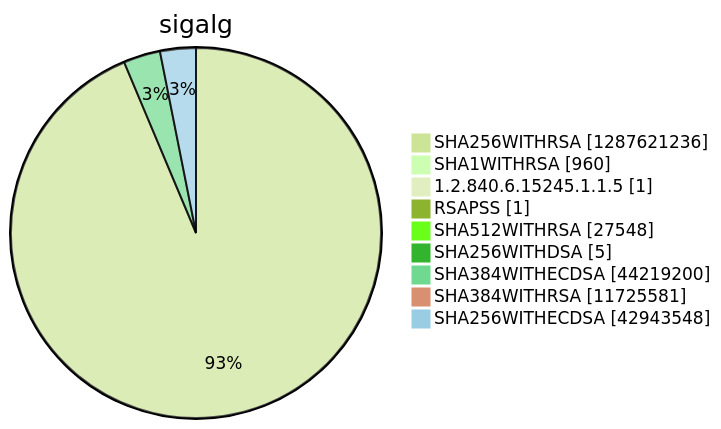
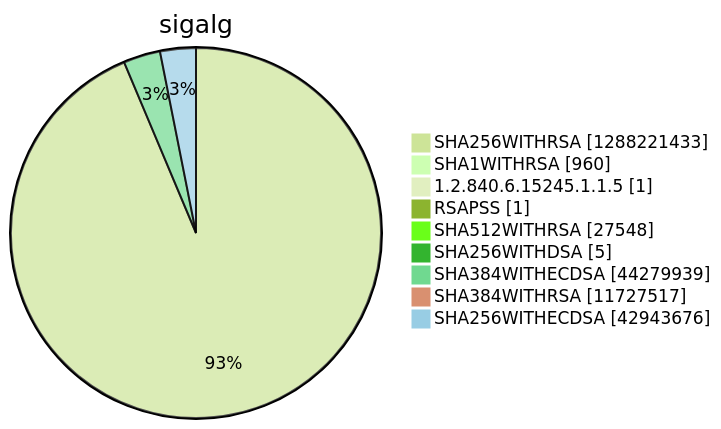
Before and after one commit to christiankrug/ctmonitor_visualization: diagram 15 of 15 in argon2022/README.md, drawn with Mermaid (forest theme). The commit also changed other lines of this file, not shown here.

````diff
--- a/argon2022/README.md
+++ b/argon2022/README.md
@@ -5523,13 +5523,13 @@
 ```mermaid
 pie showData
 title sigalg
-"SHA256WITHRSA" :1287621236
+"SHA256WITHRSA" :1288221433
 "SHA1WITHRSA" :960
 "1.2.840.6.15245.1.1.5" :1
 "RSAPSS" :1
 "SHA512WITHRSA" :27548
 "SHA256WITHDSA" :5
-"SHA384WITHECDSA" :44219200
-"SHA384WITHRSA" :11725581
-"SHA256WITHECDSA" :42943548
+"SHA384WITHECDSA" :44279939
+"SHA384WITHRSA" :11727517
+"SHA256WITHECDSA" :42943676
 ```
````
